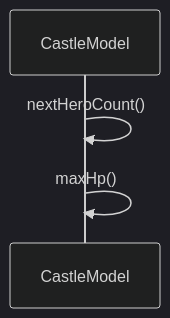
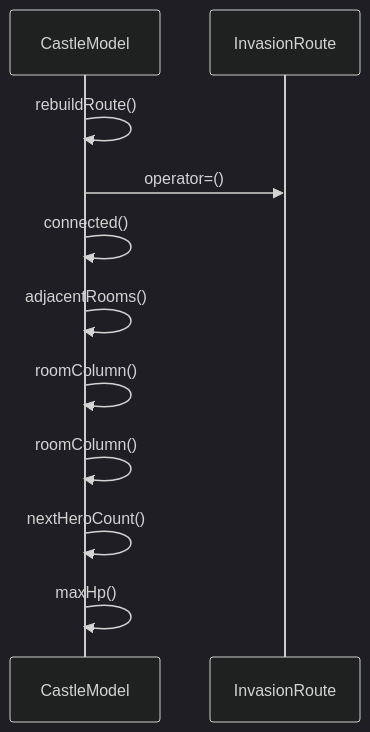
Before and after one commit to TTolsun/mini-game-heaven: the diagram in docs/sdd/diagrams/seq_start_game.mmd, drawn with Mermaid (dark theme). The commit also changed 29 other files, not shown here.

Commit message:
Add editable castle passages and route-driven defense

```diff
--- a/docs/sdd/diagrams/seq_start_game.mmd
+++ b/docs/sdd/diagrams/seq_start_game.mmd
@@ -1,4 +1,11 @@
 sequenceDiagram
     participant CastleModel
+    participant InvasionRoute
+    CastleModel->>CastleModel: rebuildRoute()
+    CastleModel->>InvasionRoute: operator=()
+    CastleModel->>CastleModel: connected()
+    CastleModel->>CastleModel: adjacentRooms()
+    CastleModel->>CastleModel: roomColumn()
+    CastleModel->>CastleModel: roomColumn()
     CastleModel->>CastleModel: nextHeroCount()
     CastleModel->>CastleModel: maxHp()
```
